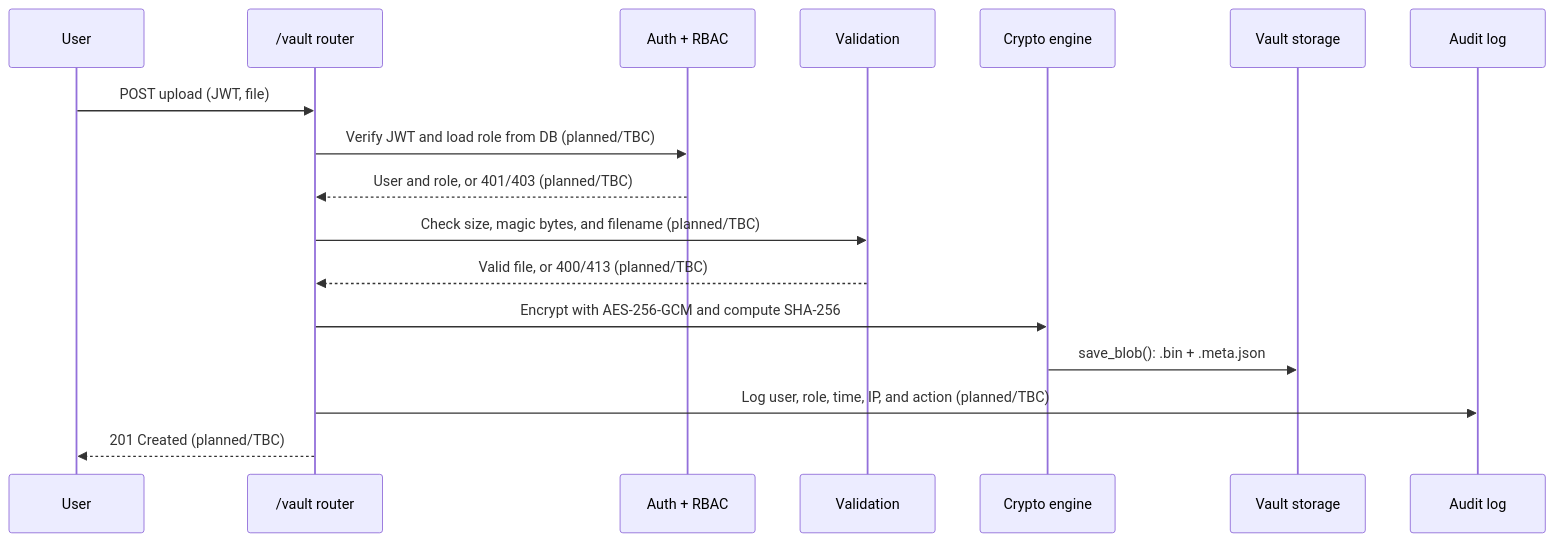
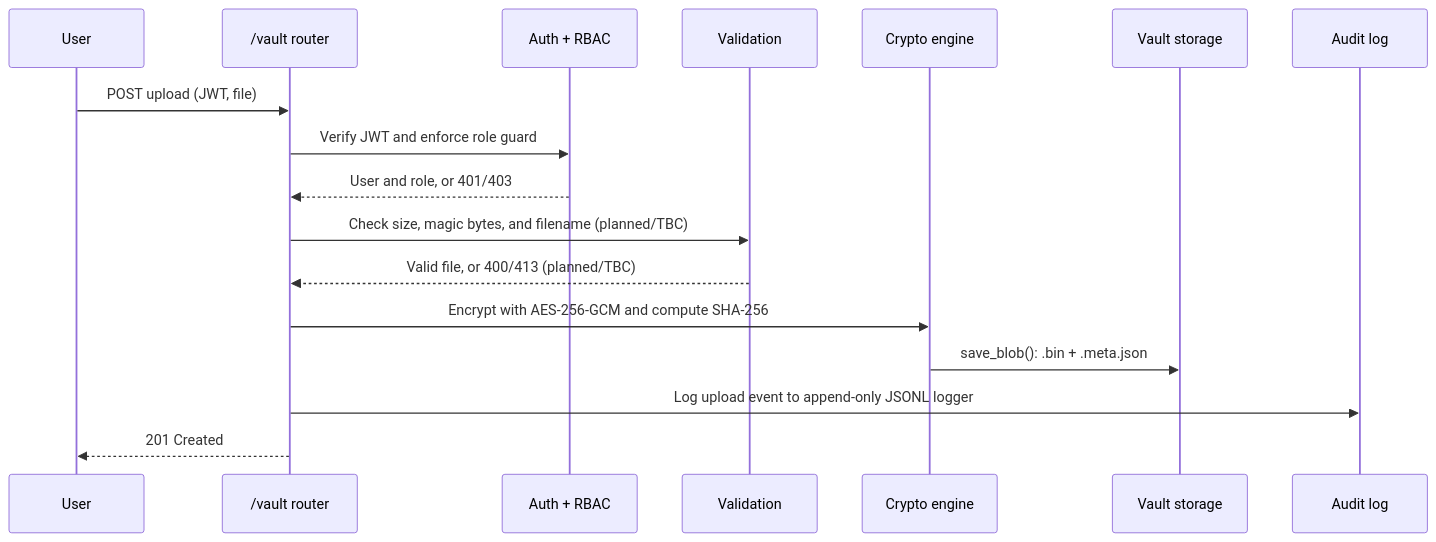
Before and after one commit to vitokwon/secure-financial-vault: the second of 3 diagrams in docs/ARCHITECTURE.md, drawn with Mermaid. The commit also changed other lines of this file and 3 other files, not shown here.

Commit message:
docs: sync architecture threat model and test matrix baselines

````diff
--- a/docs/ARCHITECTURE.md
+++ b/docs/ARCHITECTURE.md
@@ -127,19 +127,19 @@
 ```mermaid
 sequenceDiagram
     participant U as User
     participant API as /vault router
     participant A as Auth + RBAC
     participant V as Validation
     participant C as Crypto engine
     participant S as Vault storage
     participant L as Audit log
     U->>API: POST upload (JWT, file)
-    API->>A: Verify JWT and load role from DB (planned/TBC)
-    A-->>API: User and role, or 401/403 (planned/TBC)
+    API->>A: Verify JWT and enforce role guard
+    A-->>API: User and role, or 401/403
     API->>V: Check size, magic bytes, and filename (planned/TBC)
     V-->>API: Valid file, or 400/413 (planned/TBC)
     API->>C: Encrypt with AES-256-GCM and compute SHA-256
     C->>S: save_blob(): .bin + .meta.json
-    API->>L: Log user, role, time, IP, and action (planned/TBC)
-    API-->>U: 201 Created (planned/TBC)
+    API->>L: Log upload event to append-only JSONL logger
+    API-->>U: 201 Created
 ```
````
